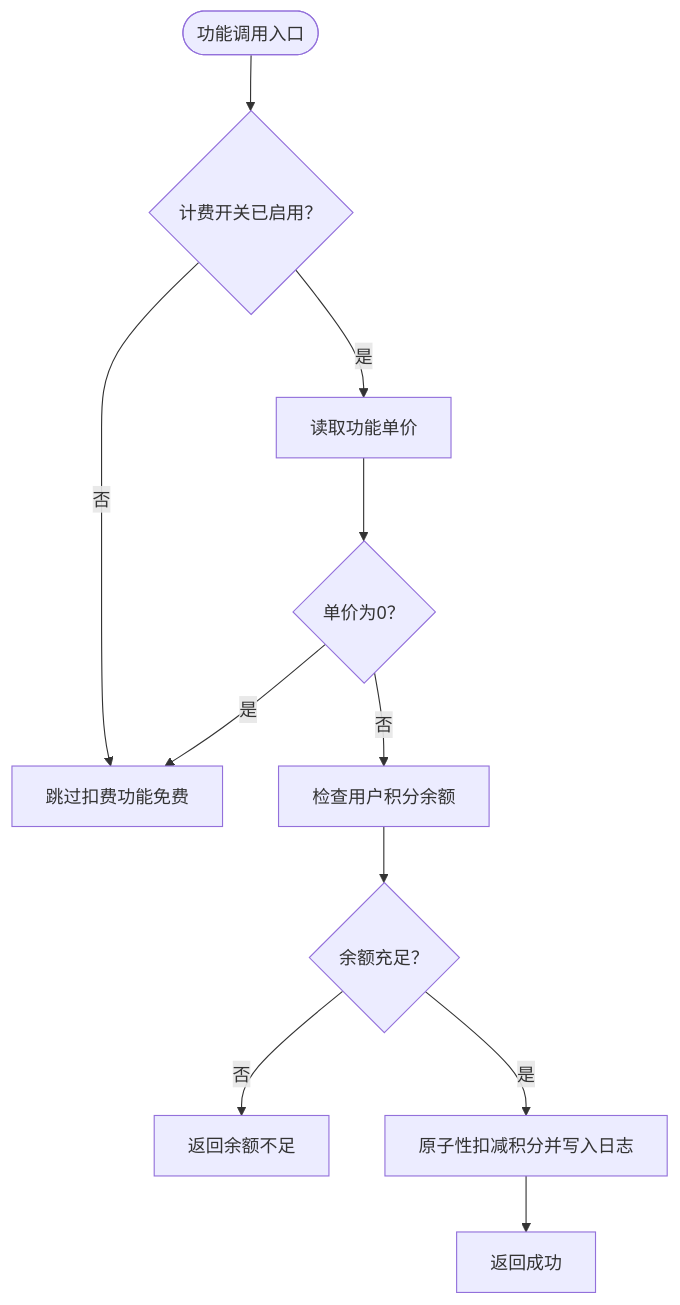
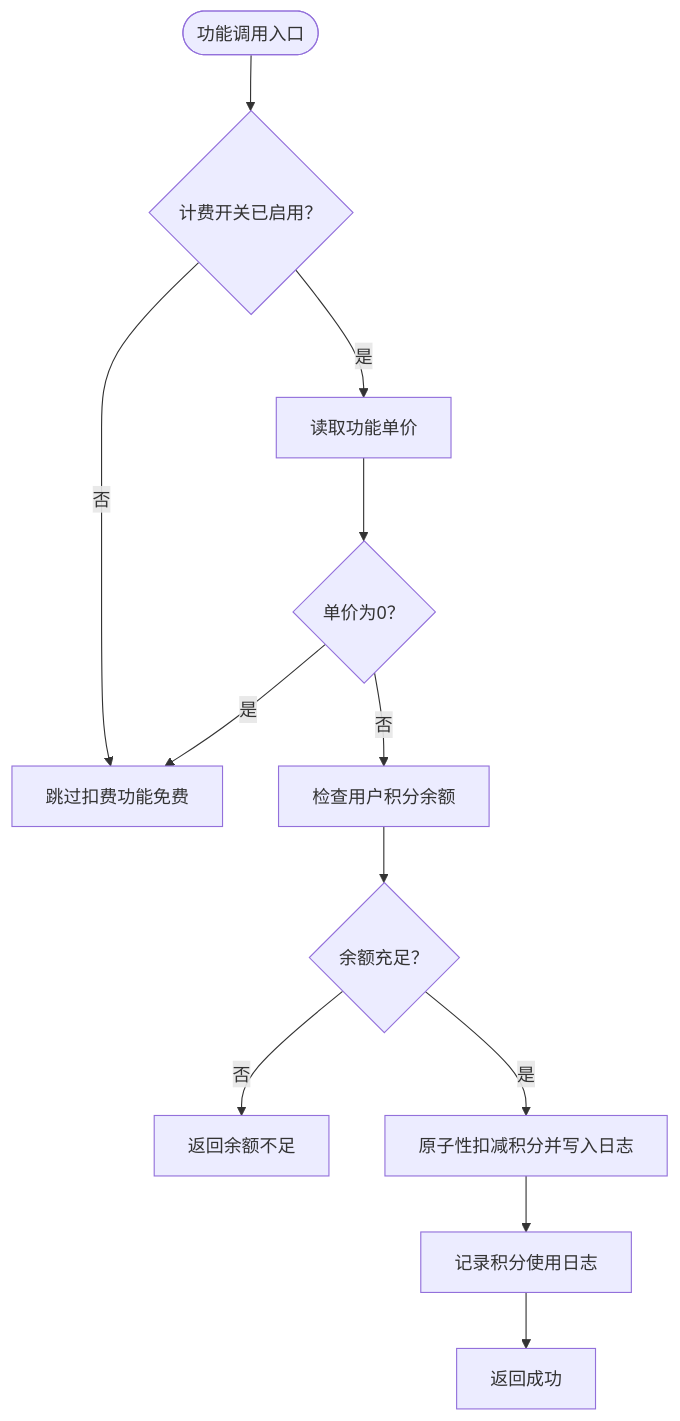
Before and after one commit to joezxh/QuantDinger: the fourth of 7 diagrams in .qoder/repowiki/zh/content/核心功能模块/用户管理与商业化/计费订阅系统.md, drawn with Mermaid. The commit also changed other lines of this file and 548 other files, not shown here.

````diff
--- a/.qoder/repowiki/zh/content/核心功能模块/用户管理与商业化/计费订阅系统.md
+++ b/.qoder/repowiki/zh/content/核心功能模块/用户管理与商业化/计费订阅系统.md
@@ -176,13 +226,14 @@
 ```mermaid
 flowchart TD
 Enter(["功能调用入口"]) --> CheckEnabled{"计费开关已启用？"}
 CheckEnabled --> |否| Allow["跳过扣费功能免费"]
 CheckEnabled --> |是| GetCost["读取功能单价"]
 GetCost --> IsFree{"单价为0？"}
 IsFree --> |是| Allow
 IsFree --> |否| CheckBalance["检查用户积分余额"]
 CheckBalance --> Enough{"余额充足？"}
 Enough --> |否| Fail["返回余额不足"]
 Enough --> |是| Deduct["原子性扣减积分并写入日志"]
-Deduct --> Success["返回成功"]
+Deduct --> Log["记录积分使用日志"]
+Log --> Success["返回成功"]
 ```
````
